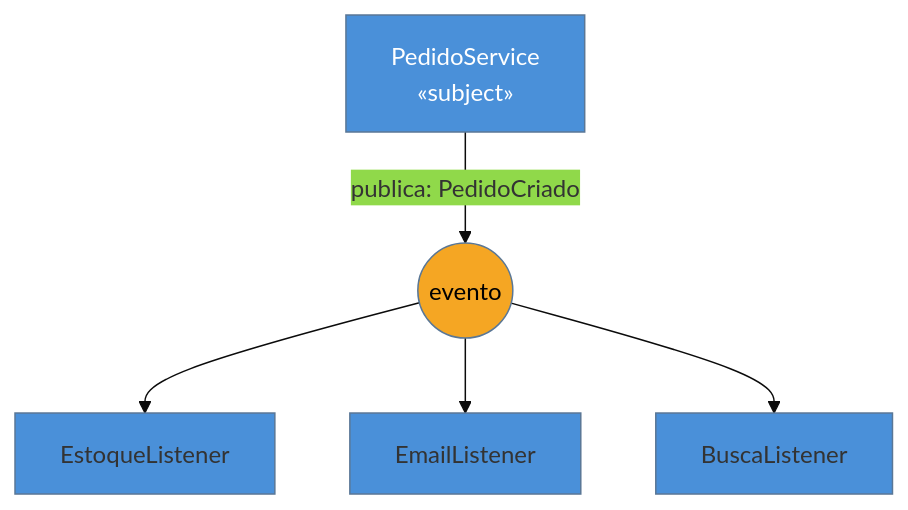
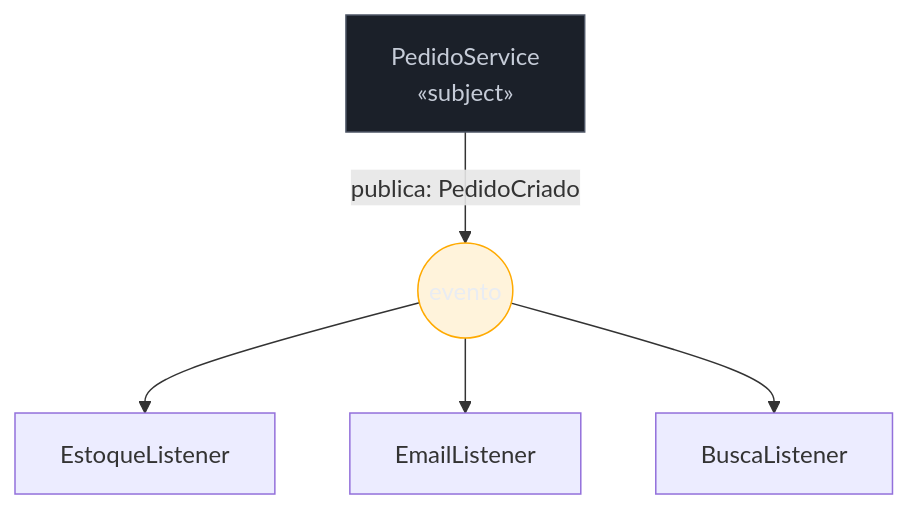
One commit to josenaldo/codex-technomanticus changed the diagram in 03-Dominios/Engenharia/Design de Software/Padrões de Projeto/Clássicos (GoF)/13 - Observer.md. Above: the diagram before and after it, drawn with Mermaid. The commit also changed 1181 other files, not shown here.

First line of the commit message:
fix(diagramas): paleta do sistema no lugar de cor cravada no markdown

````diff
--- a/03-Dominios/Engenharia/Design de Software/Padrões de Projeto/Clássicos (GoF)/13 - Observer.md
+++ b/03-Dominios/Engenharia/Design de Software/Padrões de Projeto/Clássicos (GoF)/13 - Observer.md
@@ -35,11 +35,12 @@
 ```mermaid
-%%{init: {"theme": "base", "themeVariables": {"primaryColor": "#4A90D9"}}}%%
 graph TD
+    classDef neutro fill:#1B2029,stroke:#4E5666,color:#C6CCD8
+    classDef destaque fill:#FFAA0024,stroke:#FFAA00,color:#E9ECF2
     S[PedidoService<br/>«subject»] -->|"publica: PedidoCriado"| E((evento))
     E --> O1[EstoqueListener]
     E --> O2[EmailListener]
     E --> O3[BuscaListener]
 
-    style S fill:#4A90D9,color:#fff
-    style E fill:#F5A623,color:#000
+    class S neutro
+    class E destaque
 ```
````
